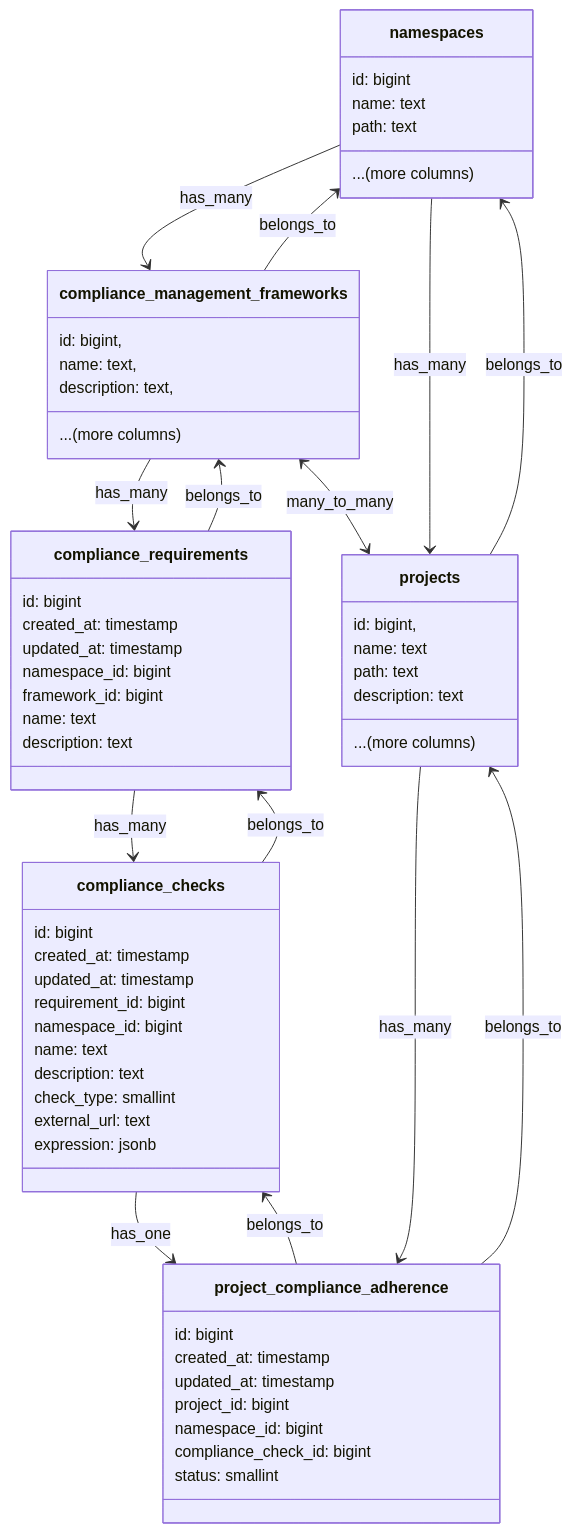
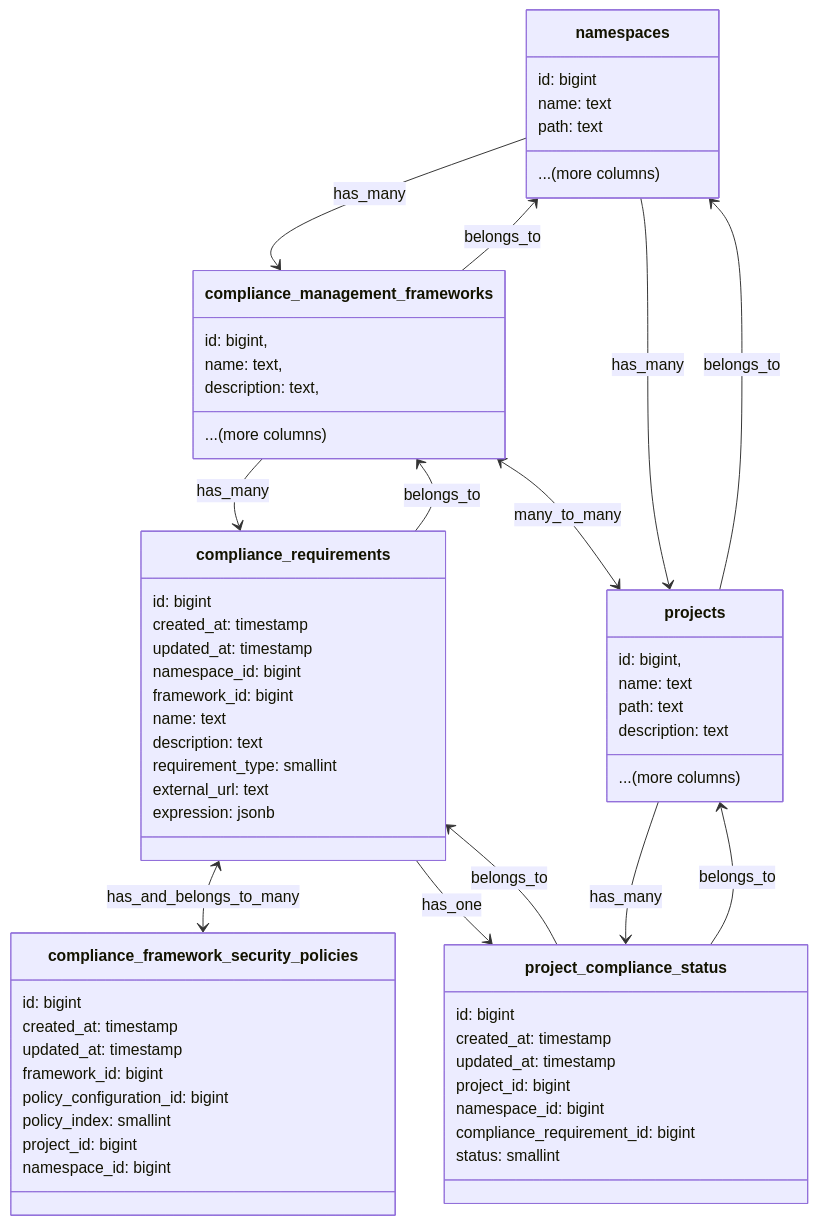
One commit to moliver28/research-handbook changed the diagram in content/handbook/engineering/architecture/design-documents/compliance-frameworks/decisions/003_custom_checks.md. Above: the diagram before and after it, drawn with Mermaid. The commit also changed other lines of this file and 1 other file, not shown here.

Commit message:
Replace compliance checks with compliance requirements

````diff
--- a/content/handbook/engineering/architecture/design-documents/compliance-frameworks/decisions/003_custom_checks.md
+++ b/content/handbook/engineering/architecture/design-documents/compliance-frameworks/decisions/003_custom_checks.md
@@ -209,69 +213,69 @@
 ```mermaid
     classDiagram
 class namespaces {
     id: bigint
     name: text
     path: text
     ...(more columns)
 }
 class projects {
     id: bigint,
     name: text
     path: text
     description: text
     ...(more columns)
 }
 class compliance_management_frameworks {
     id: bigint,
     name: text,
     description: text,
     ...(more columns)
 }
 
 class compliance_requirements {
     id: bigint
     created_at: timestamp
     updated_at: timestamp
     namespace_id: bigint
     framework_id: bigint
     name: text
     description: text
-}
-
-class compliance_checks {
-    id: bigint
-    created_at: timestamp
-    updated_at: timestamp
-    requirement_id: bigint
-    namespace_id: bigint
-    name: text
-    description: text
-    check_type: smallint
+    requirement_type: smallint
     external_url: text
     expression: jsonb
 }
 
-class project_compliance_adherence {
+class project_compliance_status {
     id: bigint
     created_at: timestamp
     updated_at: timestamp
     project_id: bigint
     namespace_id: bigint
-    compliance_check_id: bigint
+    compliance_requirement_id: bigint
     status: smallint
 }
 
-compliance_requirements --> compliance_checks : has_many
-compliance_requirements <-- compliance_checks : belongs_to
+class compliance_framework_security_policies {
+    id: bigint
+    created_at: timestamp
+    updated_at: timestamp
+    framework_id: bigint
+    policy_configuration_id: bigint
+    policy_index: smallint
+    project_id: bigint
+    namespace_id: bigint
+}
+
 compliance_management_frameworks --> compliance_requirements : has_many
 compliance_management_frameworks <-- compliance_requirements : belongs_to
 compliance_management_frameworks <--> projects : many_to_many
+compliance_requirements <--> compliance_framework_security_policies : has_and_belongs_to_many
 projects <-- namespaces : has_many
 projects --> namespaces : belongs_to
 namespaces --> compliance_management_frameworks : has_many
 namespaces <-- compliance_management_frameworks : belongs_to
-projects --> project_compliance_adherence : has_many
-projects <-- project_compliance_adherence : belongs_to
-compliance_checks --> project_compliance_adherence : has_one
-compliance_checks <-- project_compliance_adherence : belongs_to
+projects --> project_compliance_status : has_many
+projects <-- project_compliance_status : belongs_to
+compliance_requirements --> project_compliance_status : has_one
+compliance_requirements <-- project_compliance_status : belongs_to
 ```
````
